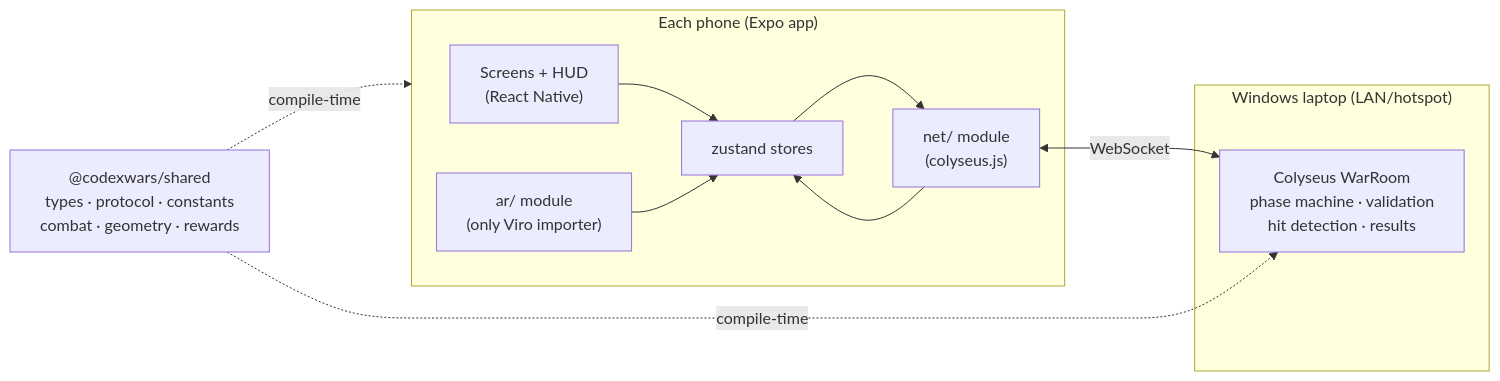
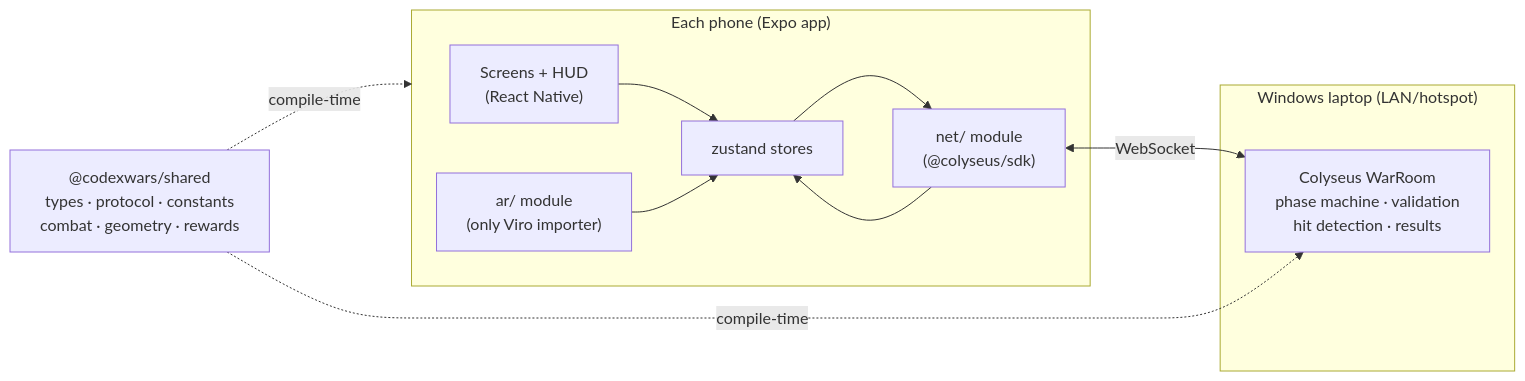
One commit to Vaibtan/CodexWars changed the diagram in BUILD_SPEC.md. Above: the diagram before and after it, drawn with Mermaid. The commit also changed other lines of this file and 13 other files, not shown here.

Commit message:
docs: lock P0 GLB architecture

````diff
--- a/BUILD_SPEC.md
+++ b/BUILD_SPEC.md
@@ -152,23 +152,23 @@
 ```mermaid
 flowchart LR
     subgraph Phone["Each phone (Expo app)"]
         SCREENS["Screens + HUD<br/>(React Native)"]
         STORE["zustand stores"]
         ARM["ar/ module<br/>(only Viro importer)"]
-        NETC["net/ module<br/>(colyseus.js)"]
+        NETC["net/ module<br/>(@colyseus/sdk)"]
         SCREENS --> STORE
         ARM --> STORE
         STORE --> NETC
         NETC --> STORE
     end
 
     subgraph Laptop["Windows laptop (LAN/hotspot)"]
         SRV["Colyseus WarRoom<br/>phase machine · validation<br/>hit detection · results"]
     end
 
     SHARED["@codexwars/shared<br/>types · protocol · constants<br/>combat · geometry · rewards"]
 
     NETC <-->|"WebSocket"| SRV
     SHARED -.compile-time.-> Phone
     SHARED -.compile-time.-> SRV
 ```
````
